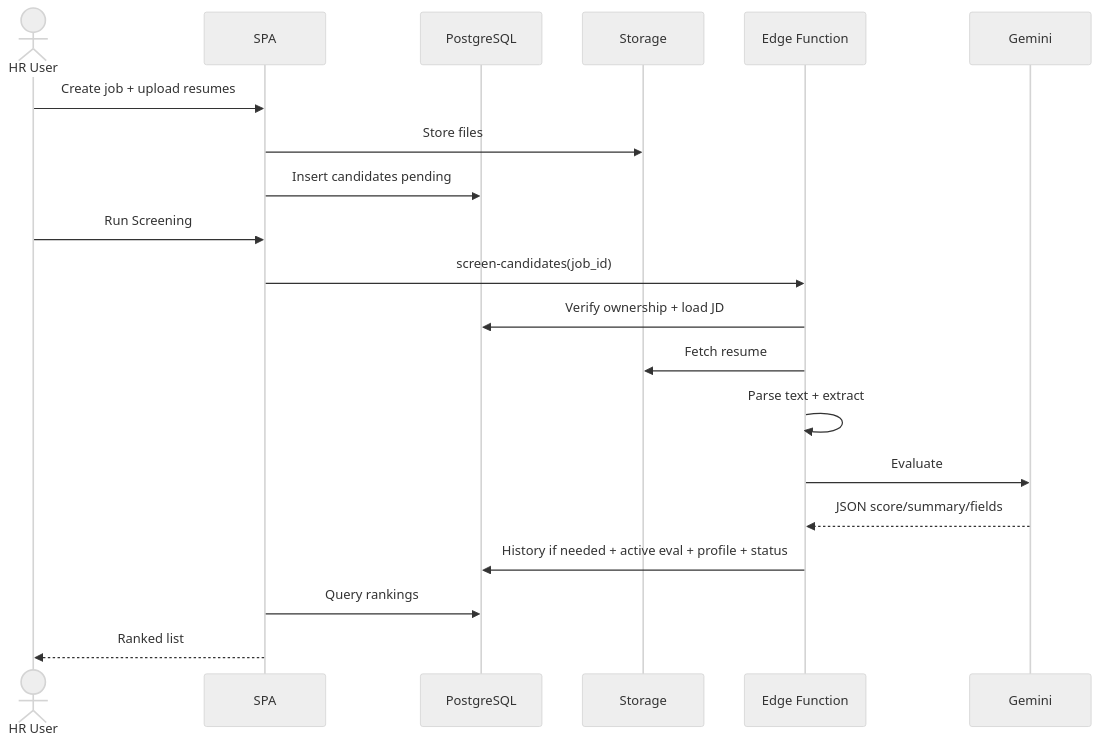
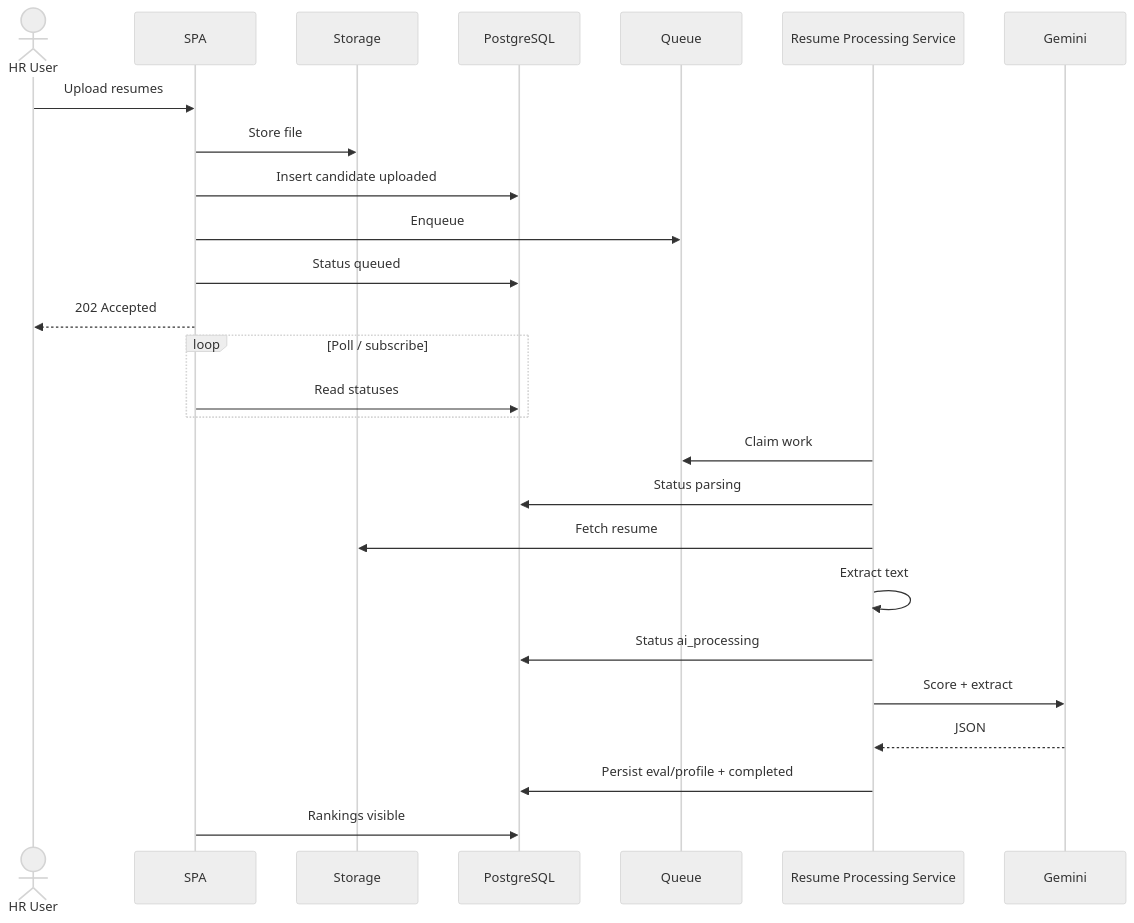
One commit to VishnuVardhan-CH-2022/resume-rank-ai-dev changed diagram 13 of 17 in docs/02-design/04-System-Design-Document.md. Above: the diagram before and after it, drawn with Mermaid (neutral theme). The commit also changed other lines of this file and 4 other files, not shown here.

````diff
--- a/docs/02-design/04-System-Design-Document.md
+++ b/docs/02-design/04-System-Design-Document.md
@@ -893,23 +891,29 @@
 ```mermaid
 sequenceDiagram
   actor HR as HR User
   participant UI as SPA
+  participant ST as Storage
   participant DB as PostgreSQL
-  participant ST as Storage
-  participant EF as Edge Function
+  participant Q as Queue
+  participant RPS as Resume Processing Service
   participant G as Gemini
 
-  HR->>UI: Create job + upload resumes
-  UI->>ST: Store files
-  UI->>DB: Insert candidates pending
-  HR->>UI: Run Screening
-  UI->>EF: screen-candidates(job_id)
-  EF->>DB: Verify ownership + load JD
-  EF->>ST: Fetch resume
-  EF->>EF: Parse text + extract
-  EF->>G: Evaluate
-  G-->>EF: JSON score/summary/fields
-  EF->>DB: History if needed + active eval + profile + status
-  UI->>DB: Query rankings
-  UI-->>HR: Ranked list
+  HR->>UI: Upload resumes
+  UI->>ST: Store file
+  UI->>DB: Insert candidate uploaded
+  UI->>Q: Enqueue
+  UI->>DB: Status queued
+  UI-->>HR: 202 Accepted
+  loop Poll / subscribe
+    UI->>DB: Read statuses
+  end
+  RPS->>Q: Claim work
+  RPS->>DB: Status parsing
+  RPS->>ST: Fetch resume
+  RPS->>RPS: Extract text
+  RPS->>DB: Status ai_processing
+  RPS->>G: Score + extract
+  G-->>RPS: JSON
+  RPS->>DB: Persist eval/profile + completed
+  UI->>DB: Rankings visible
 ```
````
